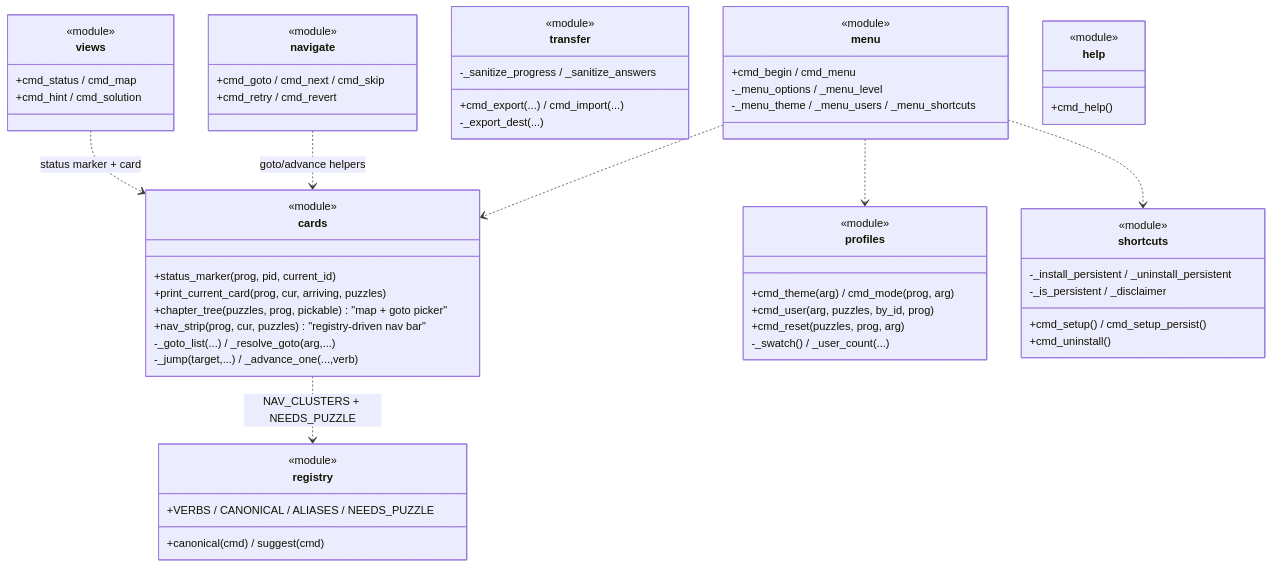
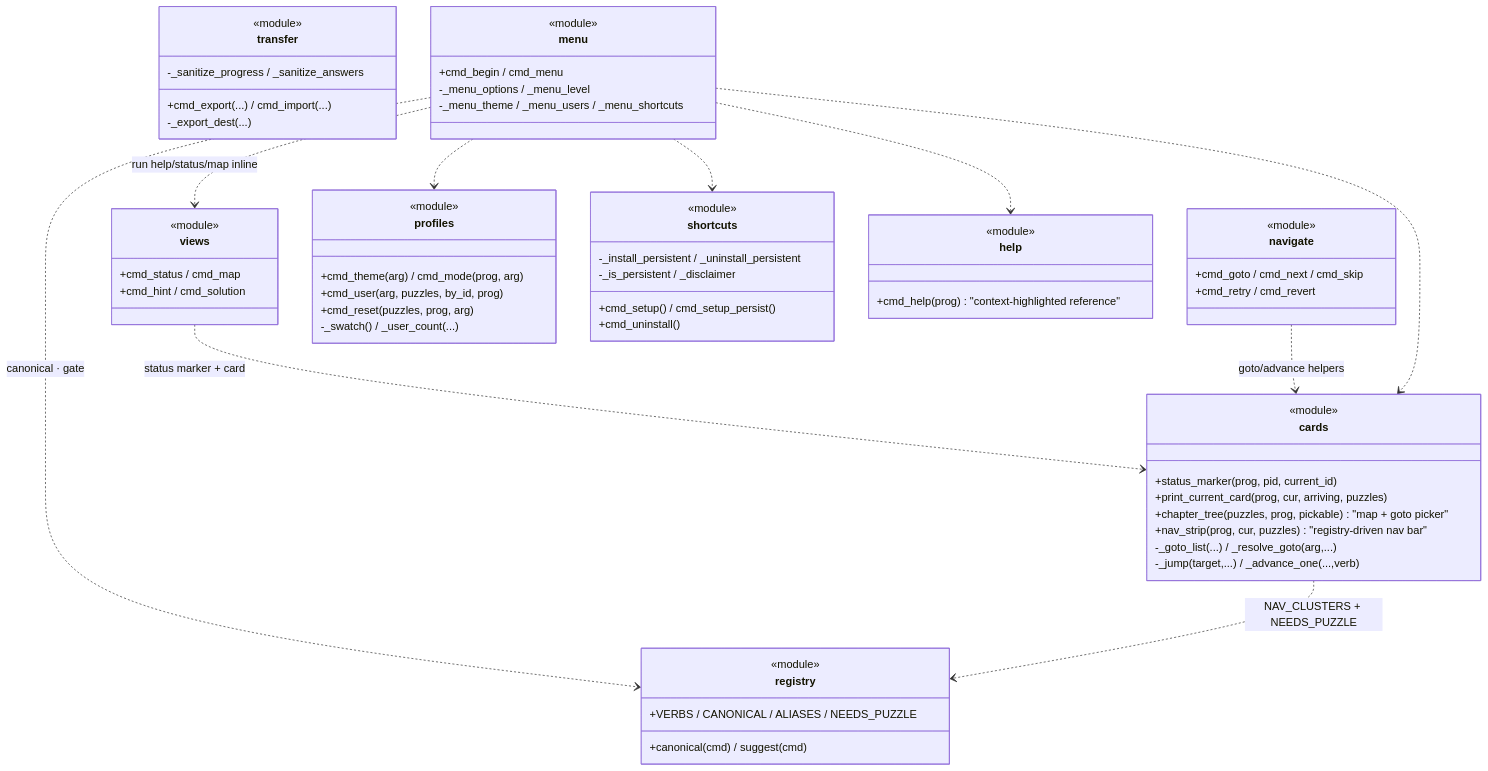
The second of 4 diagrams in docs/architecture/commands.md (N041M/PyQuest), drawn with Mermaid before and after one commit. The commit also changed other lines of this file and 12 other files, not shown here.

First line of the commit message:
Make the menu the hub: route through it, run info verbs inline

````diff
--- a/docs/architecture/commands.md
+++ b/docs/architecture/commands.md
@@ -41,63 +51,66 @@
 ```mermaid
 classDiagram
     class registry {
         <<module>>
         +VERBS / CANONICAL / ALIASES / NEEDS_PUZZLE
         +canonical(cmd) / suggest(cmd)
     }
     class cards {
         <<module>>
         +status_marker(prog, pid, current_id)
         +print_current_card(prog, cur, arriving, puzzles)
         +chapter_tree(puzzles, prog, pickable)  "map + goto picker"
         +nav_strip(prog, cur, puzzles)  "registry-driven nav bar"
         -_goto_list(...) / _resolve_goto(arg,...)
         -_jump(target,...) / _advance_one(...,verb)
     }
     class views {
         <<module>>
         +cmd_status / cmd_map
         +cmd_hint / cmd_solution
     }
     class navigate {
         <<module>>
         +cmd_goto / cmd_next / cmd_skip
         +cmd_retry / cmd_revert
     }
     class profiles {
         <<module>>
         +cmd_theme(arg) / cmd_mode(prog, arg)
         +cmd_user(arg, puzzles, by_id, prog)
         +cmd_reset(puzzles, prog, arg)
         -_swatch() / _user_count(...)
     }
     class transfer {
         <<module>>
         +cmd_export(...) / cmd_import(...)
         -_export_dest(...)
         -_sanitize_progress / _sanitize_answers
     }
     class shortcuts {
         <<module>>
         +cmd_setup() / cmd_setup_persist()
         +cmd_uninstall()
         -_install_persistent / _uninstall_persistent
         -_is_persistent / _disclaimer
     }
     class menu {
         <<module>>
         +cmd_begin / cmd_menu
         -_menu_options / _menu_level
         -_menu_theme / _menu_users / _menu_shortcuts
     }
     class help {
         <<module>>
-        +cmd_help()
+        +cmd_help(prog)  "context-highlighted reference"
     }
     views ..> cards : status marker + card
     navigate ..> cards : goto/advance helpers
     menu ..> cards
     menu ..> profiles
     menu ..> shortcuts
+    menu ..> views : run help/status/map inline
+    menu ..> help
+    menu ..> registry : canonical · gate
     cards ..> registry : NAV_CLUSTERS + NEEDS_PUZZLE
 ```
````
